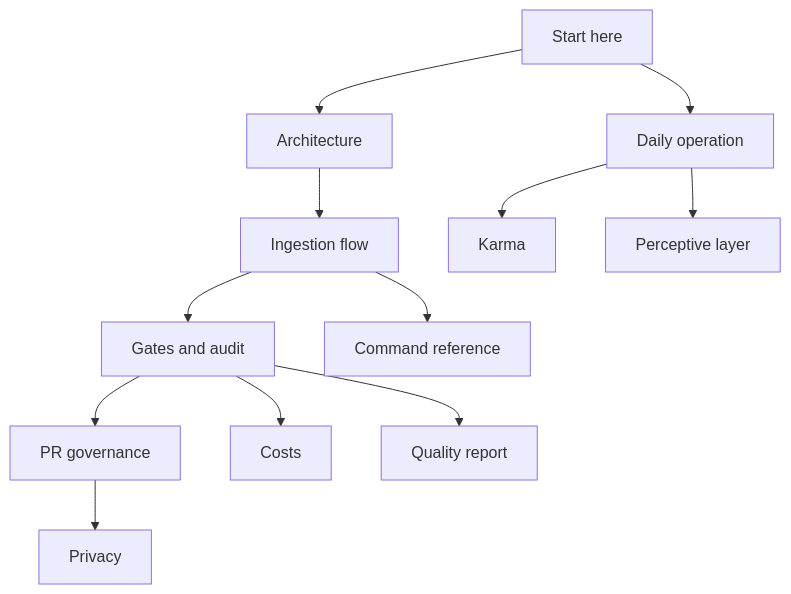
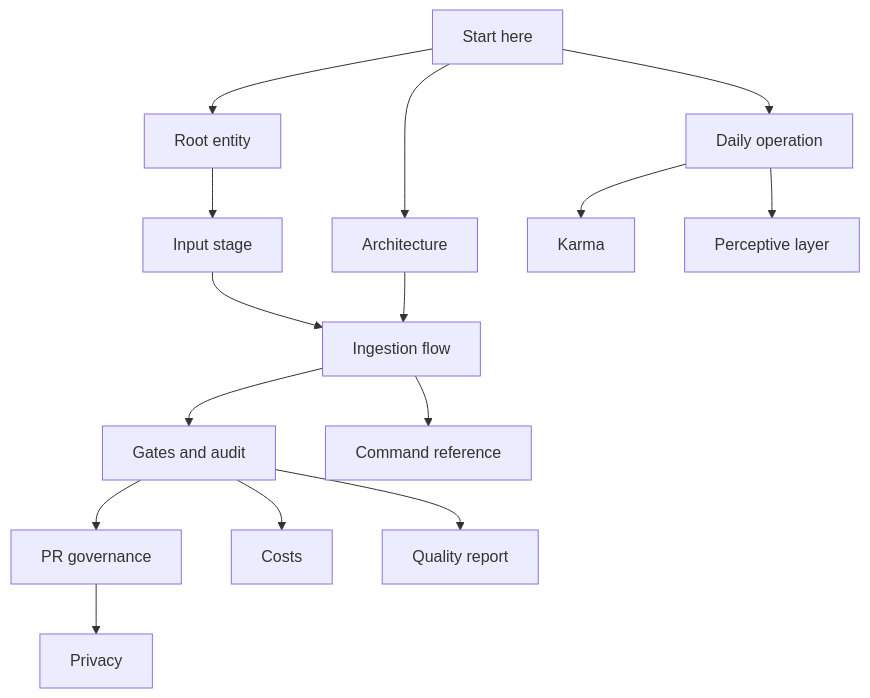
Before and after one commit to kimlage/wiki-viva-kit: the diagram in memories/system/wiki/index.md, drawn with Mermaid. The commit also changed other lines of this file and 86 other files, not shown here.

Commit message:
Add integral root entity input stage v6.8

````diff
--- a/memories/system/wiki/index.md
+++ b/memories/system/wiki/index.md
@@ -40,14 +40,17 @@
 ```mermaid
 flowchart TD
     Start["Start here"] --> Arch["Architecture"]
+    Start --> Root["Root entity"]
+    Root --> Stage["Input stage"]
     Start --> Daily["Daily operation"]
-    Arch --> Ingest["Ingestion flow"]
+    Stage --> Ingest["Ingestion flow"]
+    Arch --> Ingest
     Ingest --> Gates["Gates and audit"]
     Gates --> PR["PR governance"]
     PR --> Privacy["Privacy"]
     Gates --> Costs["Costs"]
     Gates --> Quality["Quality report"]
     Daily --> Karma["Karma"]
     Daily --> Perception["Perceptive layer"]
     Ingest --> Commands["Command reference"]
 ```
````
